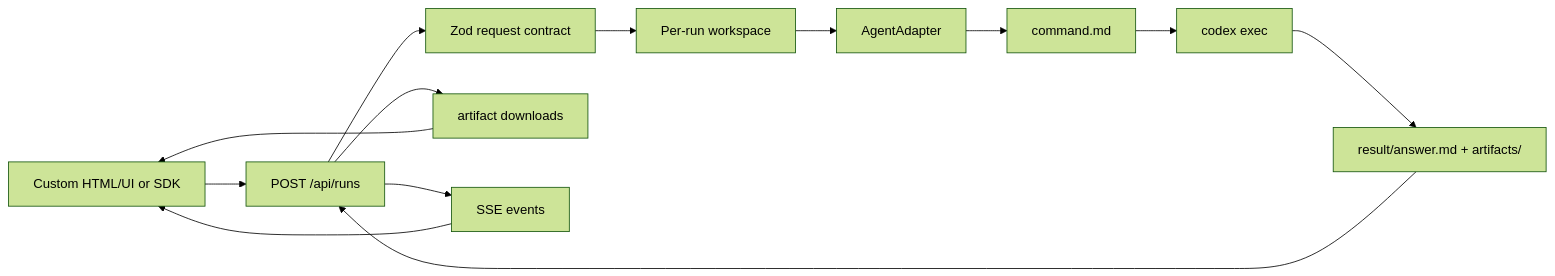
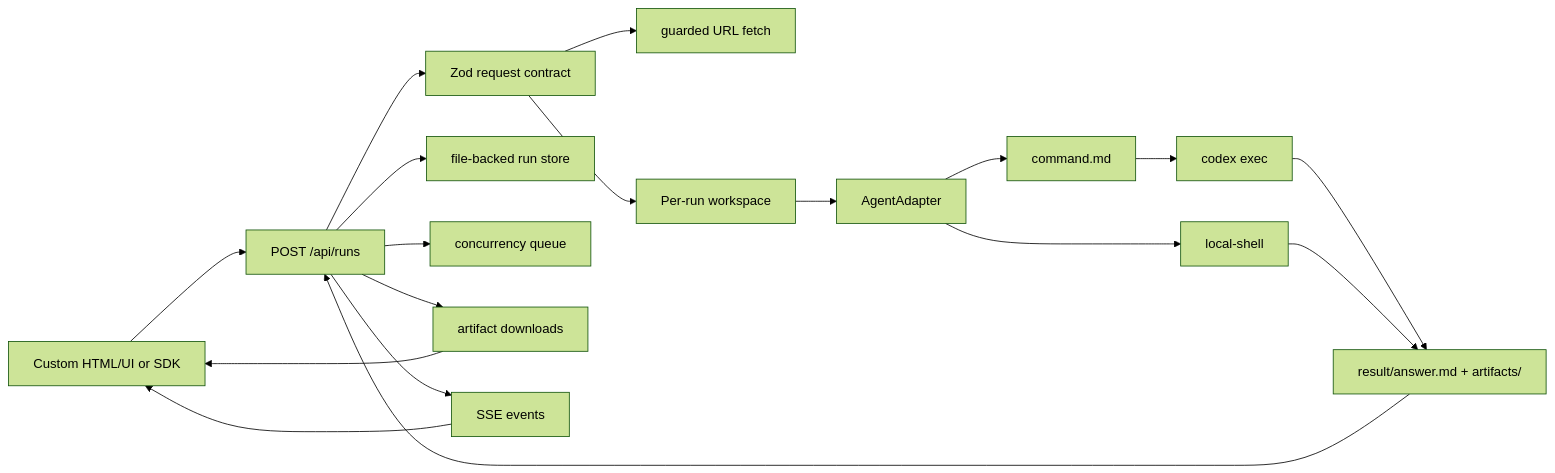
The diagram in docs/architecture.md (morgen52/agent2api), drawn with Mermaid (forest theme) before and after one commit. The commit also changed other lines of this file and 25 other files, not shown here.

````diff
--- a/docs/architecture.md
+++ b/docs/architecture.md
@@ -5,15 +5,20 @@
 ```mermaid
 flowchart LR
   UI["Custom HTML/UI or SDK"] --> API["POST /api/runs"]
   API --> Contract["Zod request contract"]
+  Contract --> URLFetch["guarded URL fetch"]
   Contract --> Workspace["Per-run workspace"]
+  API --> Store["file-backed run store"]
+  API --> Queue["concurrency queue"]
   Workspace --> Adapter["AgentAdapter"]
   Adapter --> Command["command.md"]
   Command --> Codex["codex exec"]
+  Adapter --> Shell["local-shell"]
   Codex --> Result["result/answer.md + artifacts/"]
+  Shell --> Result
   Result --> API
   API --> Download["artifact downloads"]
   API --> Events["SSE events"]
   Download --> UI
   Events --> UI
 ```
````
